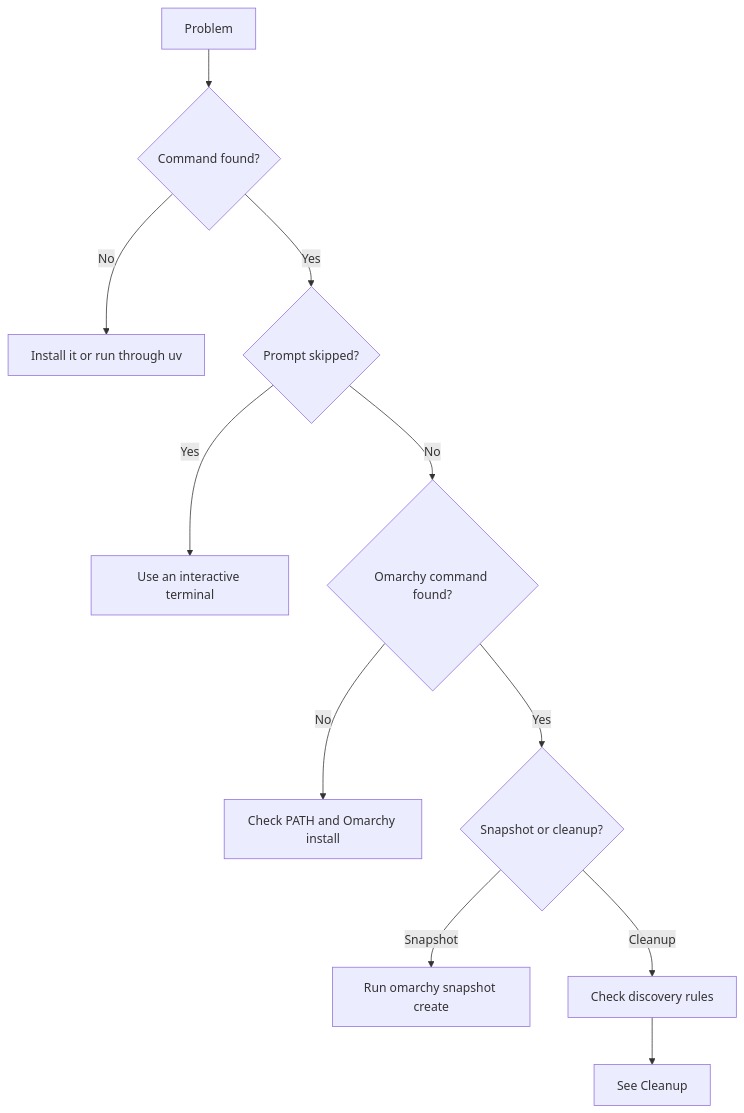
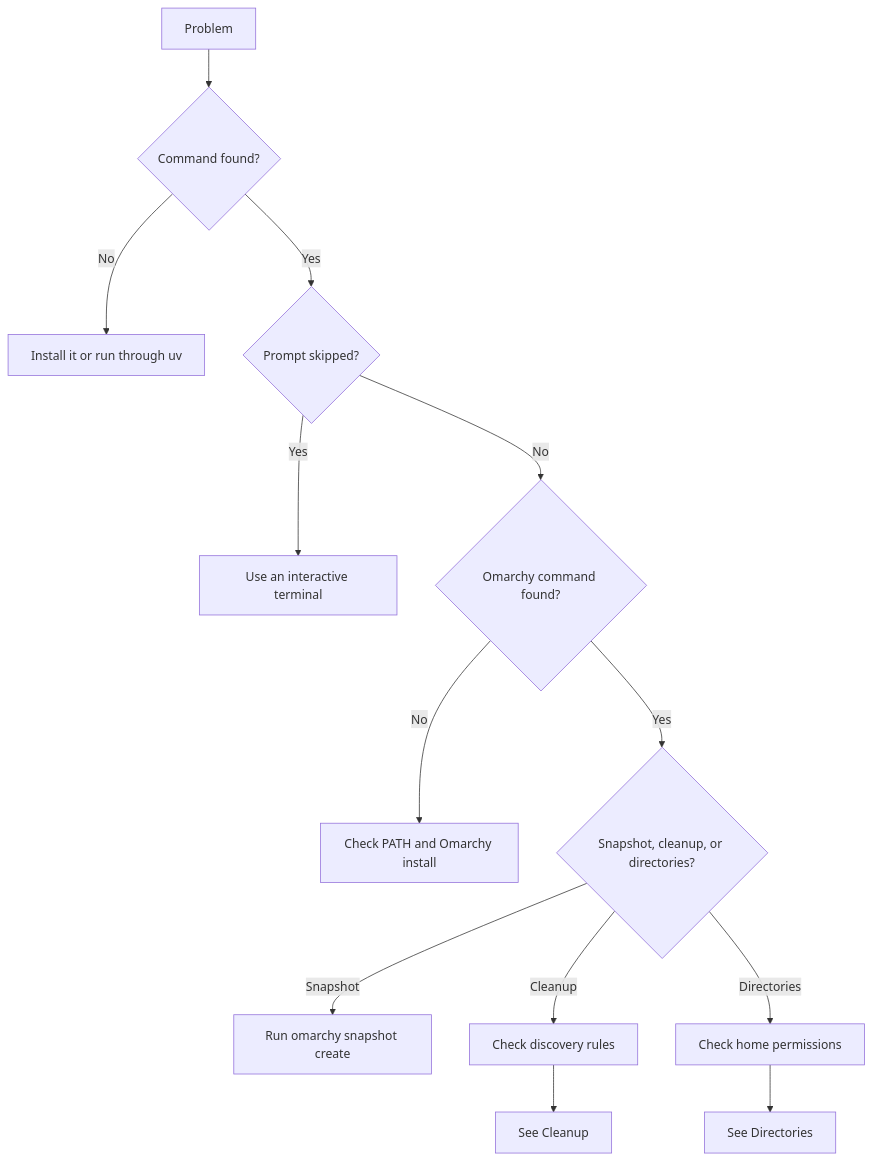
One commit to Armoghans-Organization/Omarchy-Tweaker changed the first of 2 diagrams in docs/troubleshooting.md. Above: the diagram before and after it, drawn with Mermaid. The commit also changed other lines of this file and 16 other files, not shown here.

````diff
--- a/docs/troubleshooting.md
+++ b/docs/troubleshooting.md
@@ -12,13 +12,15 @@
 ```mermaid
 flowchart TD
     A[Problem] --> B{Command found?}
     B -- No --> C[Install it or run through uv]
     B -- Yes --> D{Prompt skipped?}
     D -- Yes --> E[Use an interactive terminal]
     D -- No --> F{Omarchy command found?}
     F -- No --> G[Check PATH and Omarchy install]
-    F -- Yes --> H{Snapshot or cleanup?}
+    F -- Yes --> H{Snapshot, cleanup, or directories?}
     H -- Snapshot --> I[Run omarchy snapshot create]
     H -- Cleanup --> J[Check discovery rules]
     J --> K[See Cleanup]
+    H -- Directories --> L[Check home permissions]
+    L --> M[See Directories]
 ```
````
